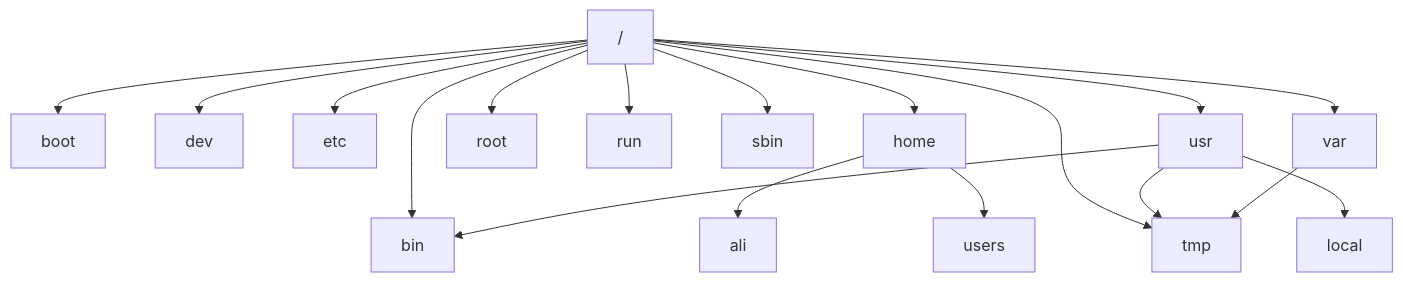
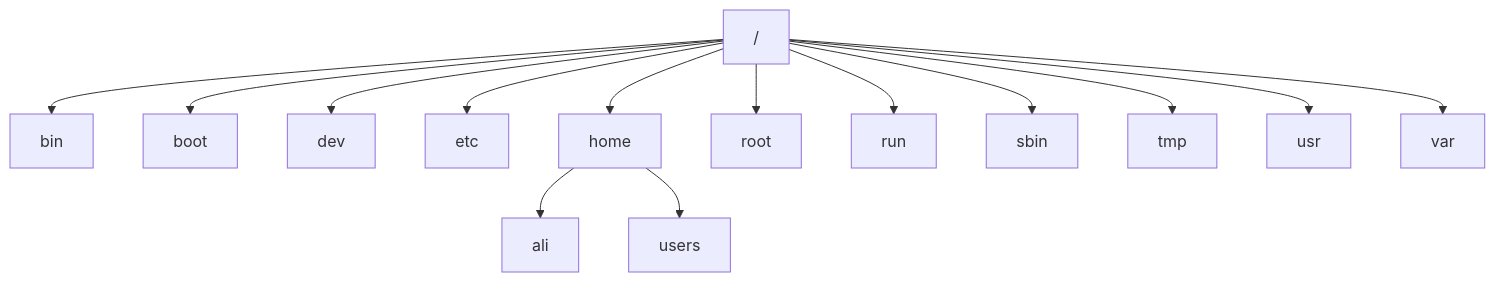
The diagram in RH124/Manage Files from the Command Line.md (ali-sunarlar/DevOpsProjects), drawn with Mermaid before and after one commit. The commit also changed other lines of this file, not shown here.

````diff
--- a/RH124/Manage Files from the Command Line.md
+++ b/RH124/Manage Files from the Command Line.md
@@ -8,20 +8,16 @@
 ```mermaid
 graph TD;
     /-->bin;
     /-->boot;
     /-->dev;
     /-->etc;
     /-->home;
     /-->root;
     /-->run;
     /-->sbin;
     /-->tmp;
     /-->usr;
     /-->var;
     home-->ali;
     home-->users;
-    usr-->bin;
-    usr-->local;
-    usr-->tmp;
-    var-->tmp;
 ```
````
